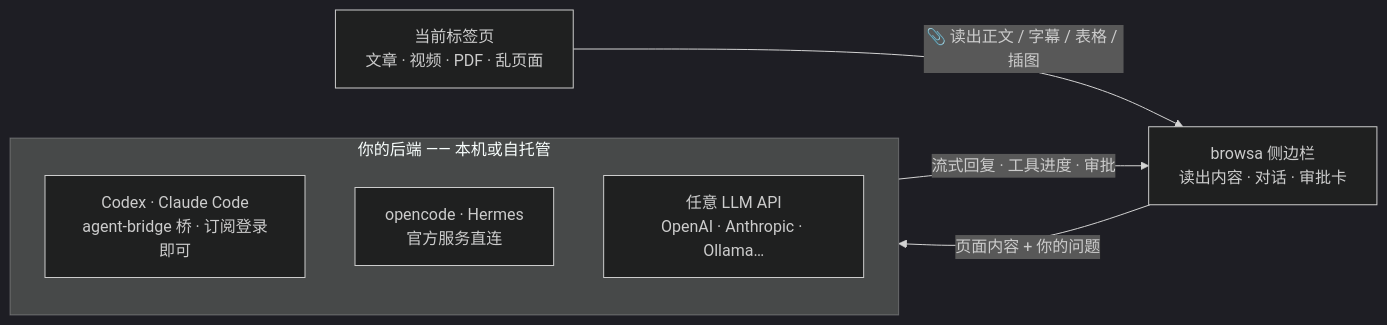
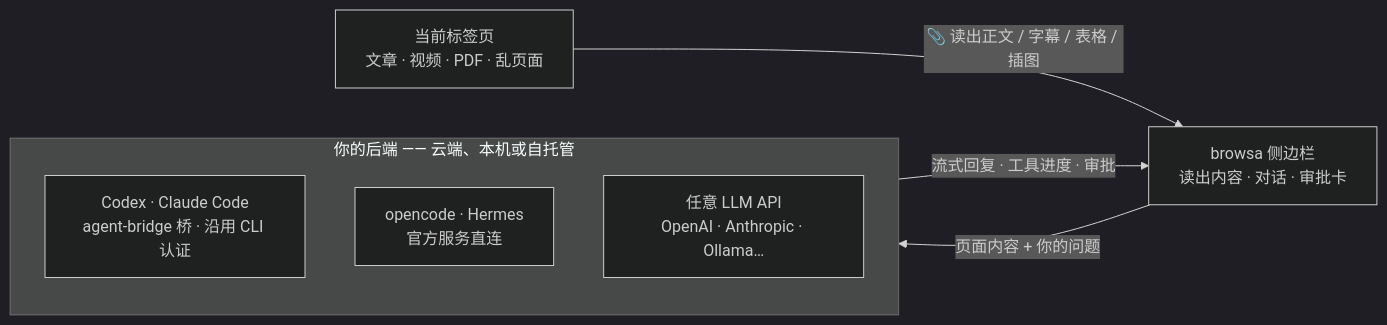
One commit to xiaohuzai/browsa changed the diagram in README.zh-CN.md. Above: the diagram before and after it, drawn with Mermaid (dark theme). The commit also changed other lines of this file and 5 other files, not shown here.

````diff
--- a/README.zh-CN.md
+++ b/README.zh-CN.md
@@ -45,13 +51,13 @@
 ```mermaid
 flowchart LR
     P["当前标签页<br/>文章 · 视频 · PDF · 乱页面"]
     B["browsa 侧边栏<br/>读出内容 · 对话 · 审批卡"]
-    subgraph Y["你的后端 —— 本机或自托管"]
-        A1["Codex · Claude Code<br/>agent-bridge 桥 · 订阅登录即可"]
+    subgraph Y["你的后端 —— 云端、本机或自托管"]
+        A1["Codex · Claude Code<br/>agent-bridge 桥 · 沿用 CLI 认证"]
         A2["opencode · Hermes<br/>官方服务直连"]
         A3["任意 LLM API<br/>OpenAI · Anthropic · Ollama…"]
     end
     P -->|"📎 读出正文 / 字幕 / 表格 / 插图"| B
     B -->|"页面内容 + 你的问题"| Y
     Y -->|"流式回复 · 工具进度 · 审批"| B
 ```
````
